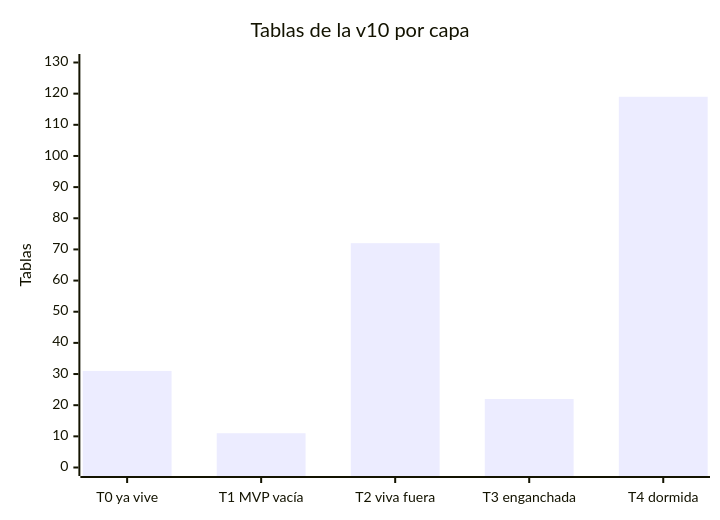
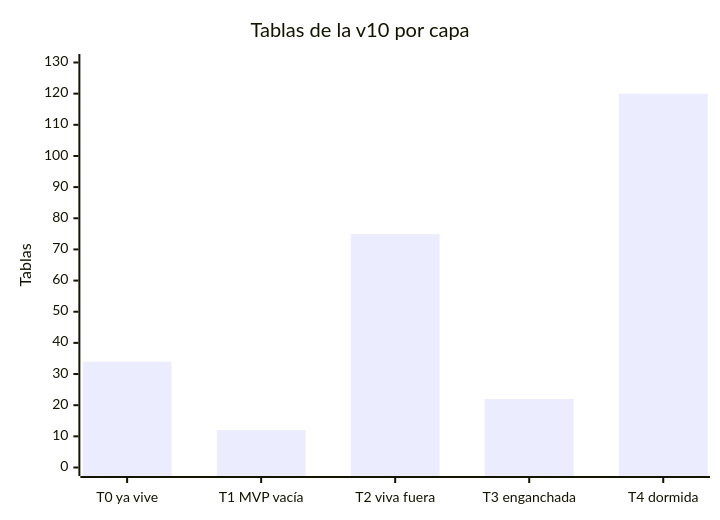
Before and after one commit to diegopaucarv/avisa: the first of 3 diagrams in docs/PRIORIZACION_MVP_v10.md, drawn with Mermaid. The commit also changed other lines of this file and 80 other files, not shown here.

````diff
--- a/docs/PRIORIZACION_MVP_v10.md
+++ b/docs/PRIORIZACION_MVP_v10.md
@@ -13,7 +13,7 @@
 ```mermaid
 xychart-beta
     title "Tablas de la v10 por capa"
     x-axis ["T0 ya vive", "T1 MVP vacía", "T2 viva fuera", "T3 enganchada", "T4 dormida"]
     y-axis "Tablas" 0 --> 130
-    bar [31, 11, 72, 22, 119]
+    bar [34, 12, 75, 22, 120]
 ```
````
